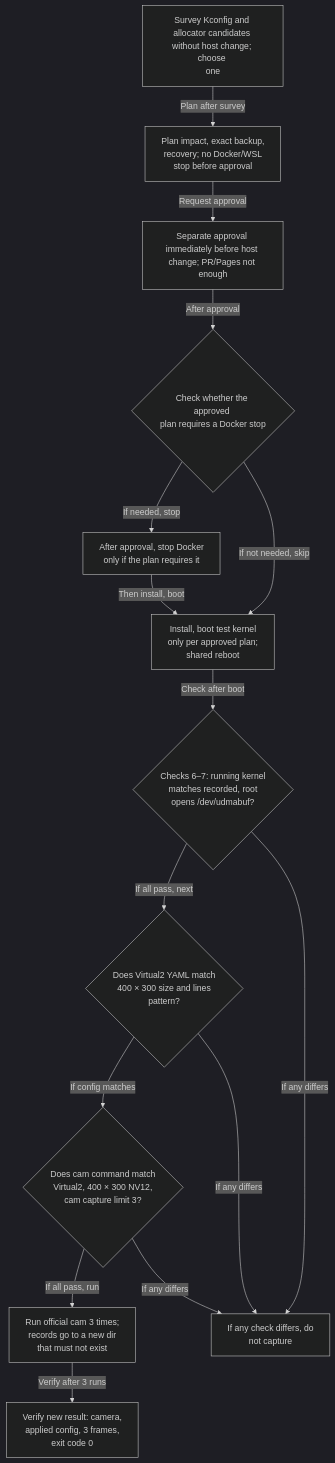
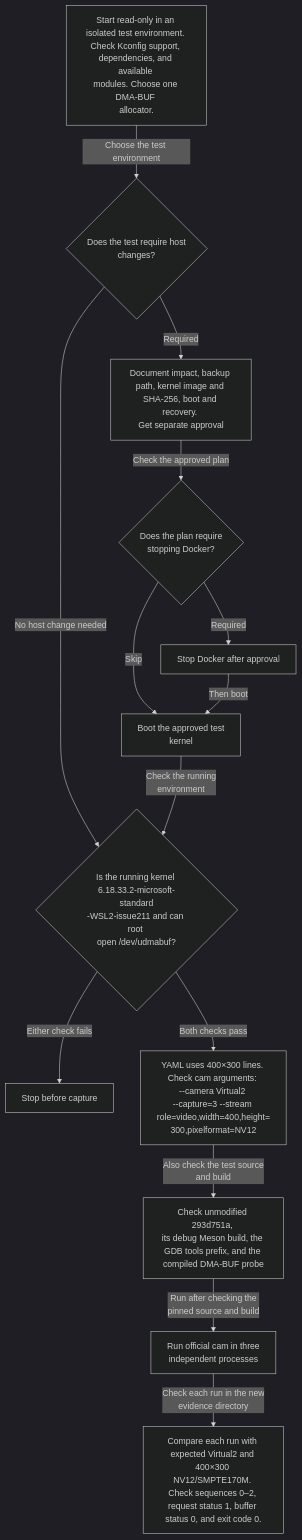
Before and after one commit to TTolsun/libcamera-sdd: the diagram in docs/en/official-cam-validation.reproduction-flow.mmd, drawn with Mermaid (dark theme). The commit also changed 125 other files, not shown here.

```diff
--- a/docs/en/official-cam-validation.reproduction-flow.mmd
+++ b/docs/en/official-cam-validation.reproduction-flow.mmd
@@ -1,28 +1,27 @@
 flowchart TB
 
-  v_kconfig_survey["Survey Kconfig and <br/>allocator candidates <br/>without host change; choose <br/>one"]
-  v_wsl_plan["Plan impact, exact backup, <br/>recovery; no Docker/WSL <br/>stop before approval"]
-  v_host_approval["Separate approval <br/>immediately before host <br/>change; PR/Pages not enough"]
-  v_docker_decide{"Check whether the approved <br/>plan requires a Docker stop"}
-  v_docker_stop["After approval, stop Docker <br/>only if the plan requires it"]
-  v_kernel_prep["Install, boot test kernel <br/>only per approved plan; <br/>shared reboot"]
-  v_device_verify{"Checks 6–7: running kernel <br/>matches recorded, root <br/>opens /dev/udmabuf?"}
-  v_yaml_check{"Does Virtual2 YAML match <br/>400 × 300 size and lines <br/>pattern?"}
-  v_cam_check{"Does cam command match <br/>Virtual2, 400 × 300 NV12, <br/>cam capture limit 3?"}
-  v_run_cam["Run official cam 3 times; <br/>records go to a new dir <br/>that must not exist"]
-  v_mismatch_stop["If any check differs, do <br/>not capture"]
-  v_result_verify["Verify new result: camera, <br/>applied config, 3 frames, <br/>exit code 0"]
-  v_kconfig_survey -->|"Plan after survey"| v_wsl_plan
-  v_wsl_plan -->|"Request approval"| v_host_approval
-  v_host_approval -->|"After approval"| v_docker_decide
-  v_docker_decide -->|"If needed, stop"| v_docker_stop
-  v_docker_decide -->|"If not needed, skip"| v_kernel_prep
-  v_docker_stop -->|"Then install, boot"| v_kernel_prep
-  v_kernel_prep -->|"Check after boot"| v_device_verify
-  v_device_verify -->|"If all pass, next"| v_yaml_check
-  v_yaml_check -->|"If config matches"| v_cam_check
-  v_cam_check -->|"If all pass, run"| v_run_cam
-  v_device_verify -->|"If any differs"| v_mismatch_stop
-  v_yaml_check -->|"If any differs"| v_mismatch_stop
-  v_cam_check -->|"If any differs"| v_mismatch_stop
-  v_run_cam -->|"Verify after 3 runs"| v_result_verify
+  v_survey["Start read-only in an <br/>isolated test environment. <br/>Check Kconfig support, <br/>dependencies, and available <br/>modules. Choose one DMA-BUF <br/>allocator."]
+  v_host{"Does the test require host <br/>changes?"}
+  v_approval["Document impact, backup <br/>path, kernel image and <br/>SHA-256, boot and recovery. <br/>Get separate approval"]
+  v_docker{"Does the plan require <br/>stopping Docker?"}
+  v_stop_docker["Stop Docker after approval"]
+  v_boot["Boot the approved test <br/>kernel"]
+  v_device{"Is the running kernel <br/>6.18.33.2-microsoft-standard<br/>-WSL2-issue211 and can root <br/>open /dev/udmabuf?"}
+  v_stop["Stop before capture"]
+  v_run["Run official cam in three <br/>independent processes"]
+  v_confirm["Compare each run with <br/>expected Virtual2 and <br/>400×300 NV12/SMPTE170M. <br/>Check sequences 0–2, <br/>request status 1, buffer <br/>status 0, and exit code 0."]
+  v_options["YAML uses 400×300 lines. <br/>Check cam arguments: <br/>--camera Virtual2 <br/>--capture#61;3 --stream <br/>role#61;video,width#61;400,height#61;<br/>300,pixelformat#61;NV12"]
+  v_build["Check unmodified 293d751a, <br/>its debug Meson build, the <br/>GDB tools prefix, and the <br/>compiled DMA-BUF probe"]
+  v_survey -->|"Choose the test environment"| v_host
+  v_host -->|"Required"| v_approval
+  v_host -->|"No host change needed"| v_device
+  v_approval -->|"Check the approved plan"| v_docker
+  v_docker -->|"Required"| v_stop_docker
+  v_docker -->|"Skip"| v_boot
+  v_stop_docker -->|"Then boot"| v_boot
+  v_boot -->|"Check the running <br/>environment"| v_device
+  v_device -->|"Either check fails"| v_stop
+  v_device -->|"Both checks pass"| v_options
+  v_run -->|"Check each run in the new <br/>evidence directory"| v_confirm
+  v_options -->|"Also check the test source <br/>and build"| v_build
+  v_build -->|"Run after checking the <br/>pinned source and build"| v_run
```
